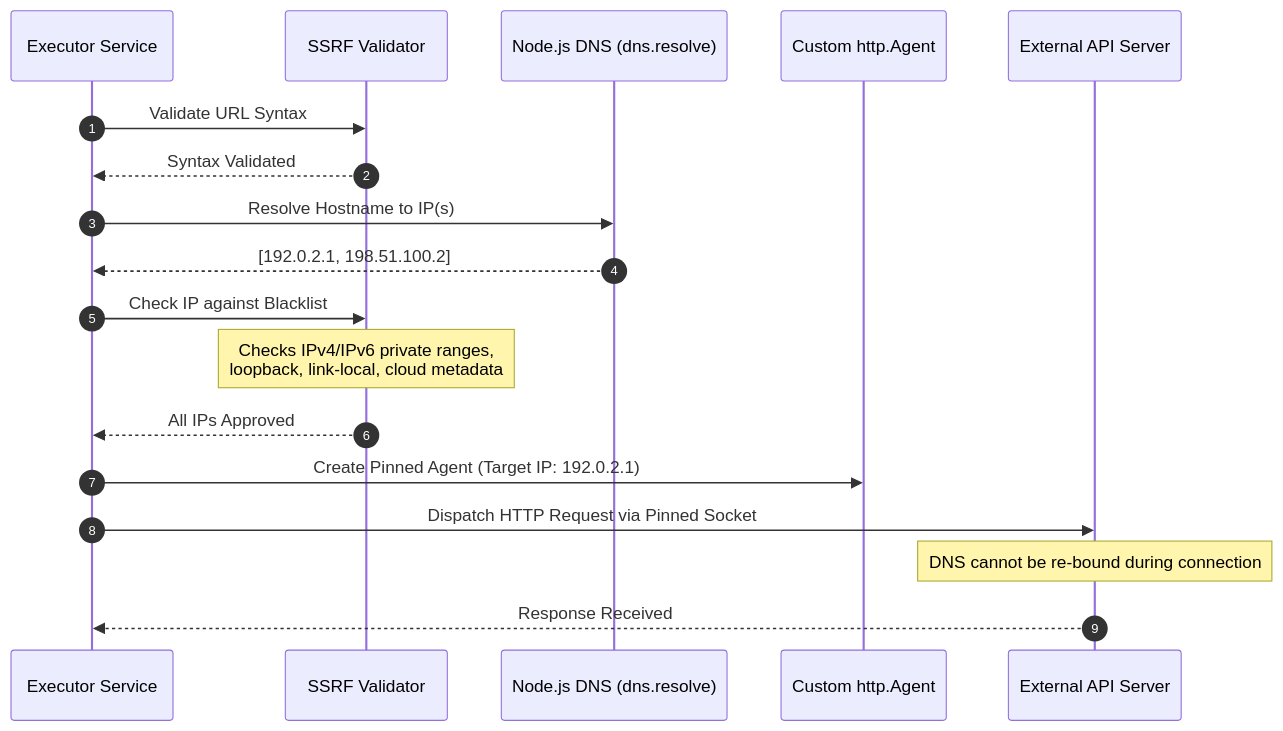
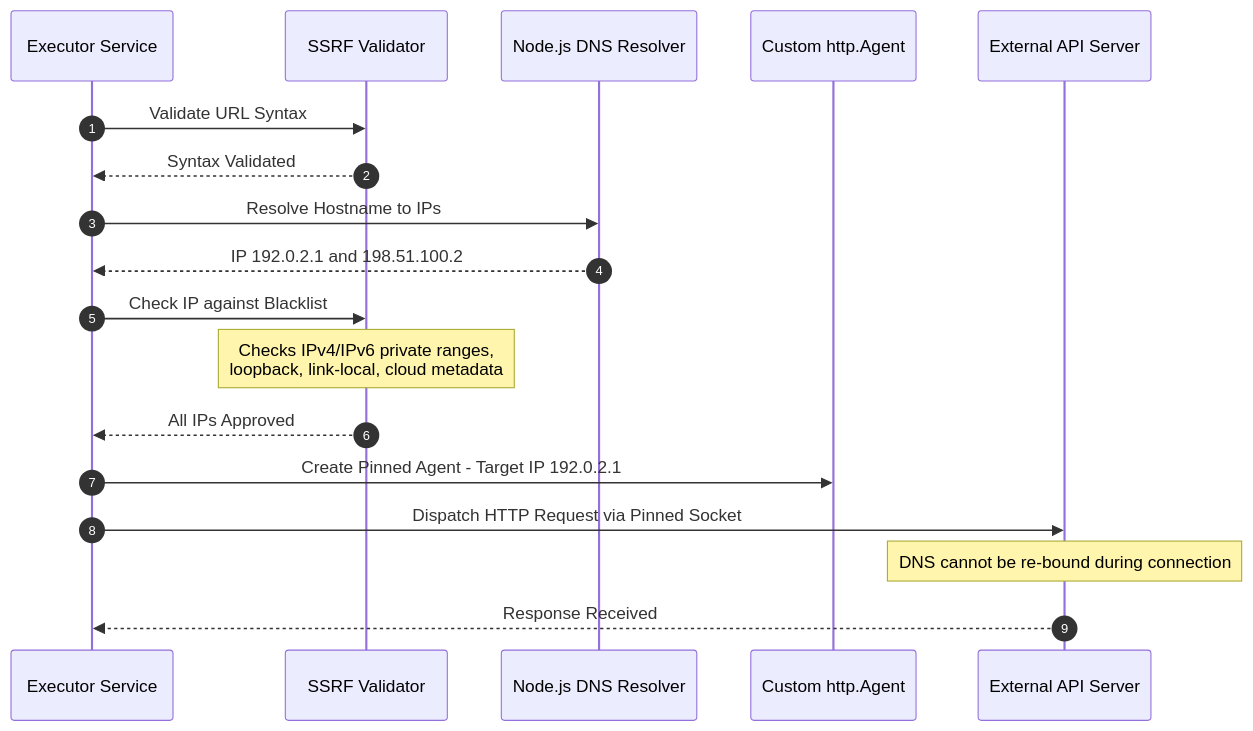
One commit to ritesh0w0/APIDash changed the diagram in docs/architecture/api-execution.md. Above: the diagram before and after it, drawn with Mermaid. The commit also changed other lines of this file and 18 other files, not shown here.

Commit message:
fix(docs): resolve GitHub Mermaid parser syntax errors across all diagrams

````diff
--- a/docs/architecture/api-execution.md
+++ b/docs/architecture/api-execution.md
@@ -13,21 +13,21 @@
 ```mermaid
 sequenceDiagram
     autonumber
     participant Engine as Executor Service
     participant SSRF as SSRF Validator
-    participant DNS as Node.js DNS (dns.resolve)
+    participant DNS as Node.js DNS Resolver
     participant Agent as Custom http.Agent
     participant Remote as External API Server
 
     Engine->>SSRF: Validate URL Syntax
     SSRF-->>Engine: Syntax Validated
-    Engine->>DNS: Resolve Hostname to IP(s)
-    DNS-->>Engine: [192.0.2.1, 198.51.100.2]
+    Engine->>DNS: Resolve Hostname to IPs
+    DNS-->>Engine: IP 192.0.2.1 and 198.51.100.2
     Engine->>SSRF: Check IP against Blacklist
     Note over SSRF: Checks IPv4/IPv6 private ranges,<br/>loopback, link-local, cloud metadata
     SSRF-->>Engine: All IPs Approved
-    Engine->>Agent: Create Pinned Agent (Target IP: 192.0.2.1)
+    Engine->>Agent: Create Pinned Agent - Target IP 192.0.2.1
     Engine->>Remote: Dispatch HTTP Request via Pinned Socket
     Note over Remote: DNS cannot be re-bound during connection
     Remote-->>Engine: Response Received
 ```
````
